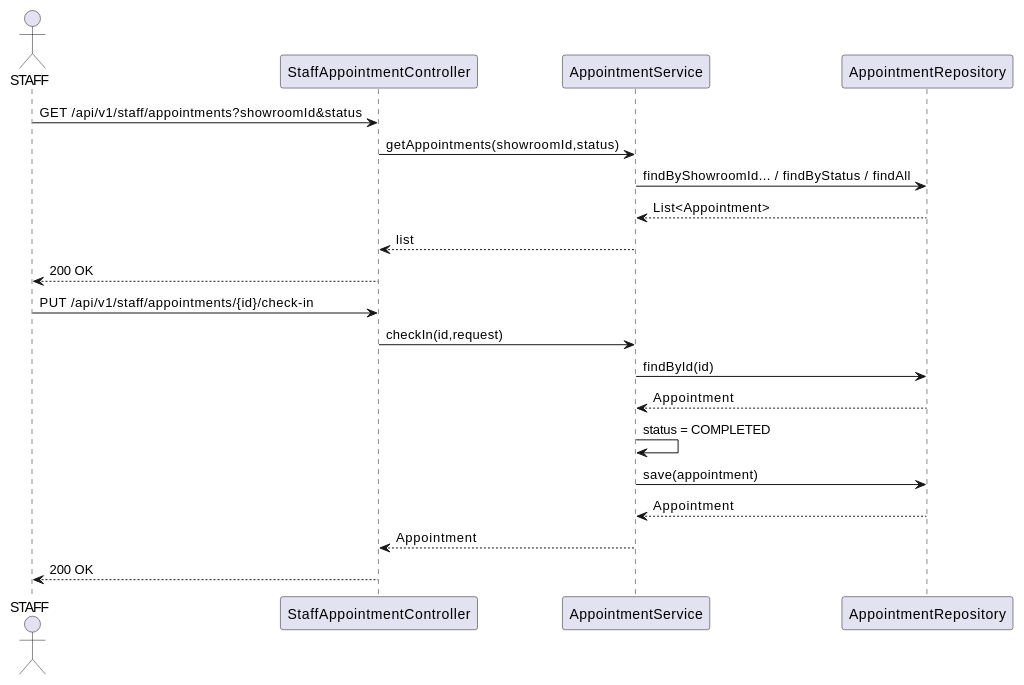
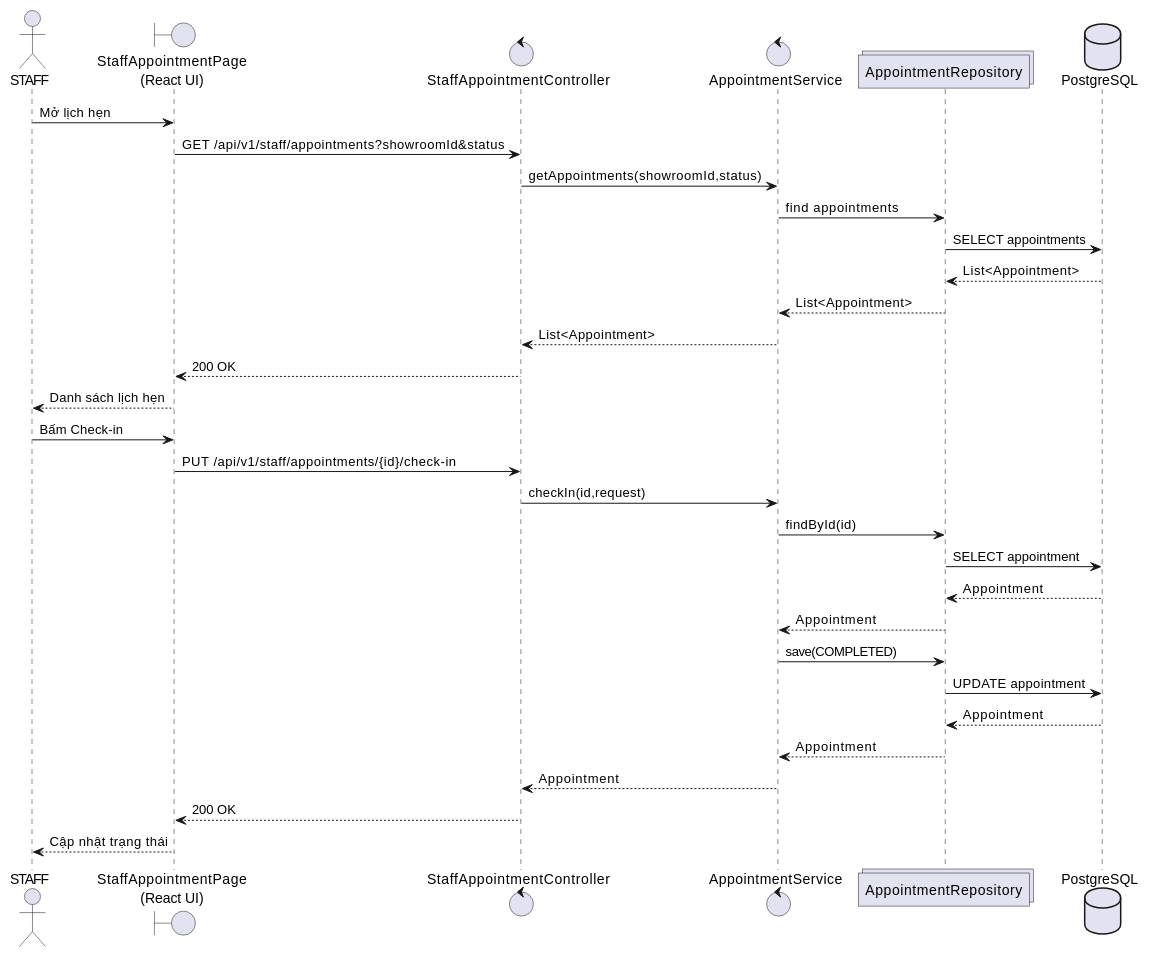
One commit to Trung-Khang/AutoTrade changed the fifth of 6 diagrams in docs/UML/Sequence_Diagrams.md. Above: the diagram before and after it, drawn with PlantUML. The commit also changed other lines of this file and 36 other files, not shown here.

Commit message:
docs(tv5): add UML diagrams and update progress report 1/10/2026

````diff
--- a/docs/UML/Sequence_Diagrams.md
+++ b/docs/UML/Sequence_Diagrams.md
@@ -200,25 +170,36 @@
 ```plantuml
 @startuml
-actor STAFF
-participant "StaffAppointmentController" as C
-participant "AppointmentService" as S
-participant "AppointmentRepository" as R
+actor "STAFF" as A
+boundary "StaffAppointmentPage\n(React UI)" as UI
+control "StaffAppointmentController" as C
+control "AppointmentService" as S
+collections "AppointmentRepository" as R
+database "PostgreSQL" as DB
 
-STAFF -> C: GET /api/v1/staff/appointments?showroomId&status
-C -> S: getAppointments(showroomId,status)
-S -> R: findByShowroomId... / findByStatus / findAll
-R --> S: List<Appointment>
-S --> C: list
-C --> STAFF: 200 OK
+A -> UI : Mở lịch hẹn
+UI -> C : GET /api/v1/staff/appointments?showroomId&status
+C -> S : getAppointments(showroomId,status)
+S -> R : find appointments
+R -> DB : SELECT appointments
+DB --> R : List<Appointment>
+R --> S : List<Appointment>
+S --> C : List<Appointment>
+C --> UI : 200 OK
+UI --> A : Danh sách lịch hẹn
 
-STAFF -> C: PUT /api/v1/staff/appointments/{id}/check-in
-C -> S: checkIn(id,request)
-S -> R: findById(id)
-R --> S: Appointment
-S -> S: status = COMPLETED
-S -> R: save(appointment)
-R --> S: Appointment
-S --> C: Appointment
-C --> STAFF: 200 OK
+A -> UI : Bấm Check-in
+UI -> C : PUT /api/v1/staff/appointments/{id}/check-in
+C -> S : checkIn(id,request)
+S -> R : findById(id)
+R -> DB : SELECT appointment
+DB --> R : Appointment
+R --> S : Appointment
+S -> R : save(COMPLETED)
+R -> DB : UPDATE appointment
+DB --> R : Appointment
+R --> S : Appointment
+S --> C : Appointment
+C --> UI : 200 OK
+UI --> A : Cập nhật trạng thái
 @enduml
 ```
````
